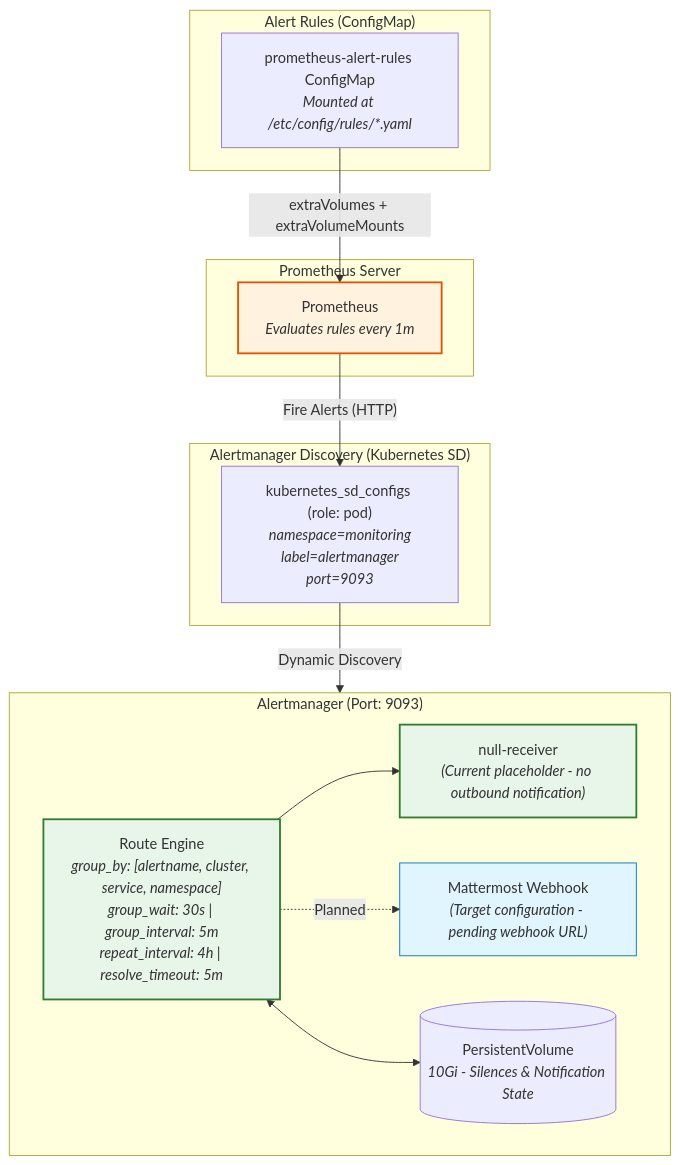
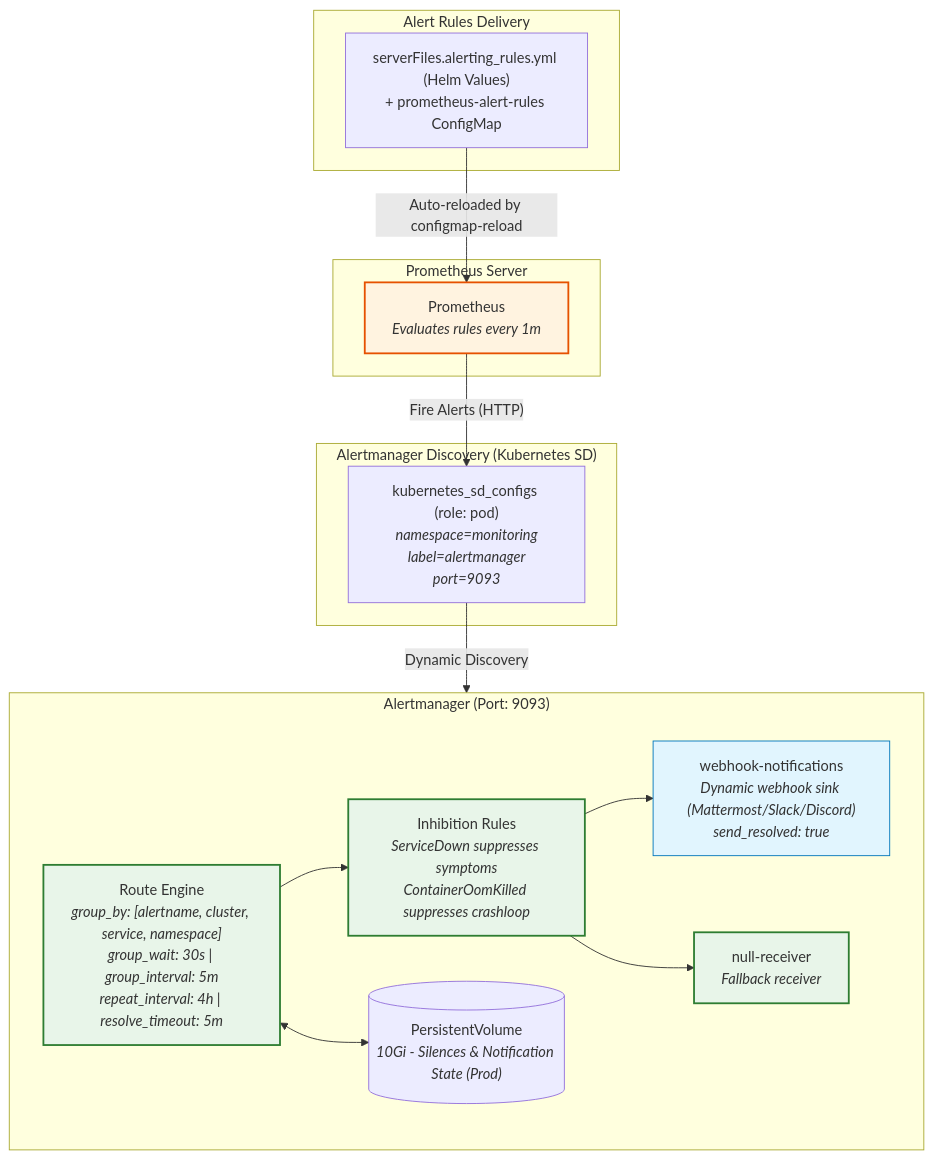
Before and after one commit to bwgjoseph/spring-boot-lgtm: the diagram in ADR/alertmanager.md, drawn with Mermaid. The commit also changed other lines of this file and 3 other files, not shown here.

````diff
--- a/ADR/alertmanager.md
+++ b/ADR/alertmanager.md
@@ -14,38 +14,39 @@
 ```mermaid
 flowchart TD
-    subgraph RulesSource ["Alert Rules (ConfigMap)"]
-        CM["prometheus-alert-rules ConfigMap<br/><i>Mounted at /etc/config/rules/*.yaml</i>"]
+    subgraph RulesSource ["Alert Rules Delivery"]
+        SF["serverFiles.alerting_rules.yml (Helm Values)<br/>+ prometheus-alert-rules ConfigMap"]
     end
 
     subgraph PrometheusServer ["Prometheus Server"]
         PROM["Prometheus<br/><i>Evaluates rules every 1m</i>"]
-        CM -->|"extraVolumes + extraVolumeMounts"| PROM
+        SF -->|"Auto-reloaded by configmap-reload"| PROM
     end
 
     subgraph AlertManagerDiscovery ["Alertmanager Discovery (Kubernetes SD)"]
         K8S_SD["kubernetes_sd_configs (role: pod)<br/><i>namespace=monitoring<br/>label=alertmanager<br/>port=9093</i>"]
     end
 
     subgraph AlertManager ["Alertmanager (Port: 9093)"]
         ROUTE["Route Engine<br/><i>group_by: [alertname, cluster, service, namespace]<br/>group_wait: 30s | group_interval: 5m<br/>repeat_interval: 4h | resolve_timeout: 5m</i>"]
-        NULL_RCV["null-receiver<br/><i>(Current placeholder - no outbound notification)</i>"]
-        MATTER["Mattermost Webhook<br/><i>(Target configuration - pending webhook URL)</i>"]
-        PV[("PersistentVolume<br/><i>10Gi - Silences & Notification State</i>")]
+        INHIBIT["Inhibition Rules<br/><i>ServiceDown suppresses symptoms<br/>ContainerOomKilled suppresses crashloop</i>"]
+        WEBHOOK["webhook-notifications<br/><i>Dynamic webhook sink (Mattermost/Slack/Discord)<br/>send_resolved: true</i>"]
+        NULL_RCV["null-receiver<br/><i>Fallback receiver</i>"]
+        PV[("PersistentVolume<br/><i>10Gi - Silences & Notification State (Prod)</i>")]
 
-        ROUTE --> NULL_RCV
-        ROUTE -.->|"Planned"| MATTER
+        ROUTE --> INHIBIT
+        INHIBIT --> WEBHOOK
+        INHIBIT --> NULL_RCV
         ROUTE <--> PV
     end
 
     PROM -->|"Fire Alerts (HTTP)"| K8S_SD
     K8S_SD -->|"Dynamic Discovery"| AlertManager
 
     classDef prom fill:#fff3e0,stroke:#e65100,stroke-width:2px;
     classDef am fill:#e8f5e9,stroke:#2e7d32,stroke-width:2px;
     classDef sink fill:#e1f5fe,stroke:#0277bd,stroke-width:1px;
-    classDef pending stroke-dasharray:5 5;
 
     class PROM prom;
-    class ROUTE,NULL_RCV am;
-    class MATTER sink;
+    class ROUTE,INHIBIT,NULL_RCV am;
+    class WEBHOOK sink;
 ```
````
